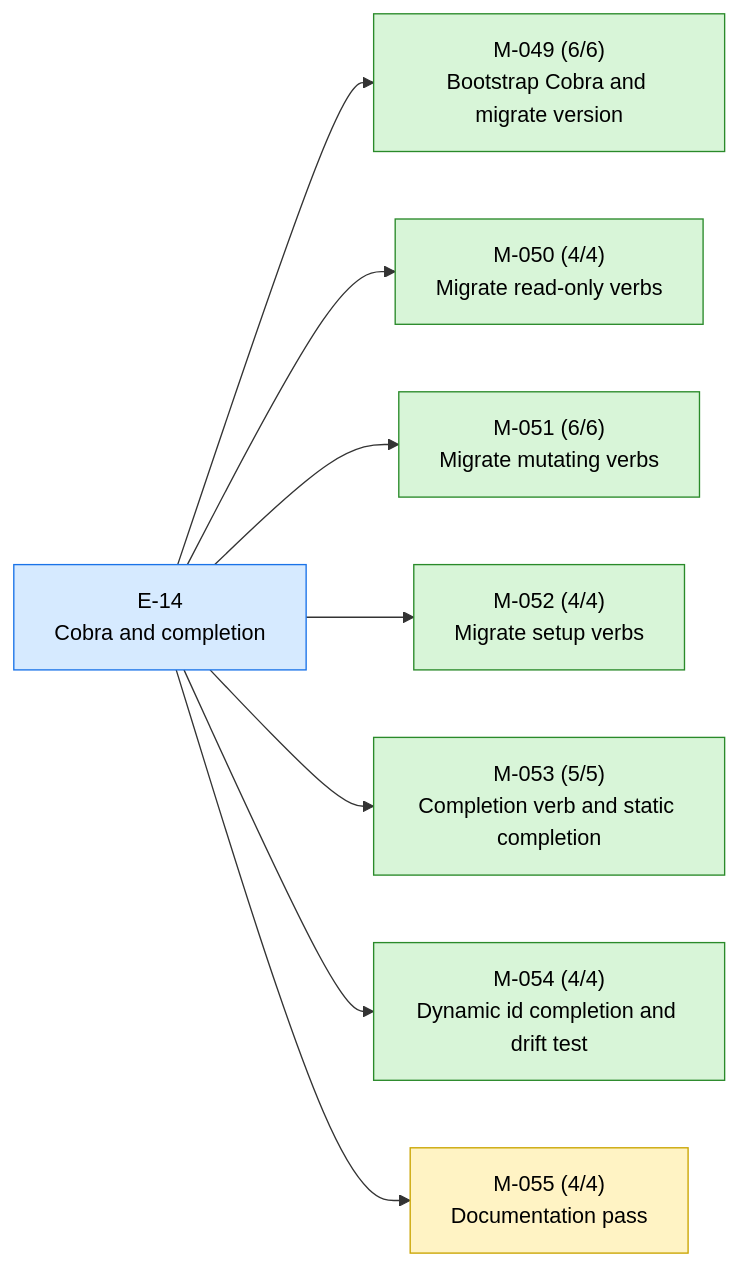
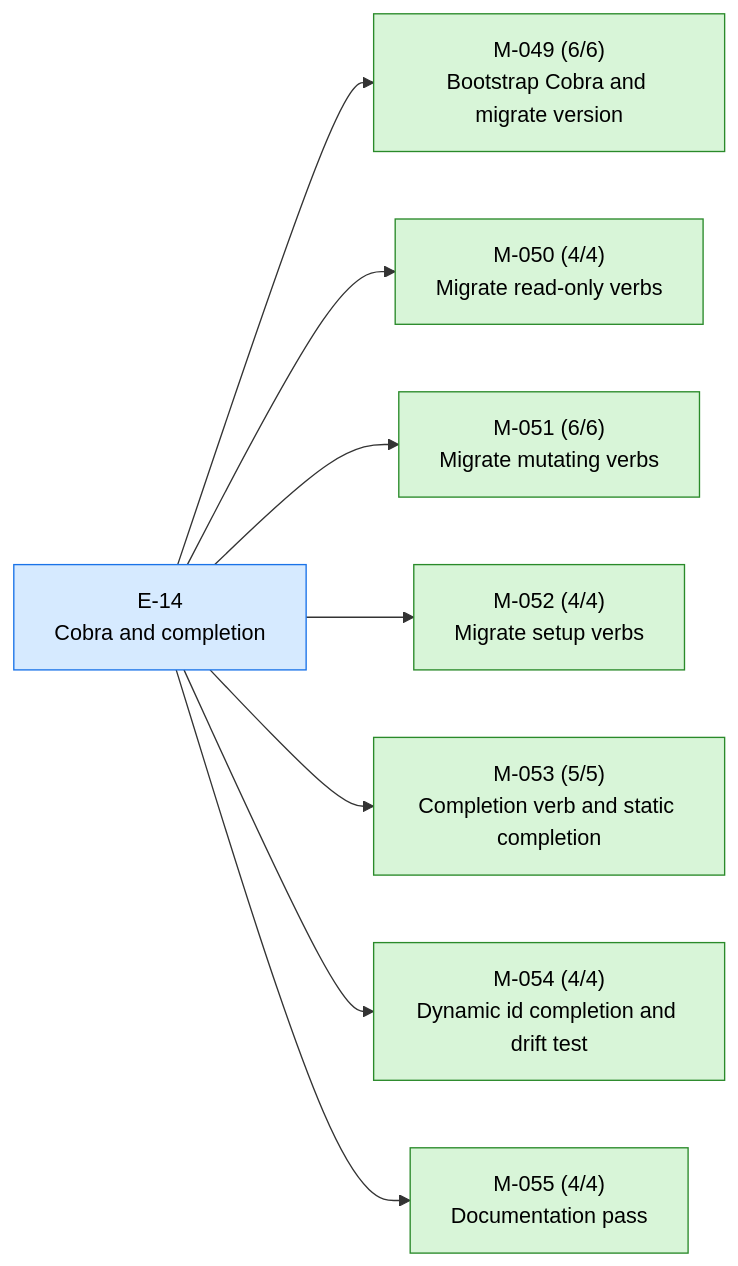
One commit to 23min/aiwf changed the first of 2 diagrams in STATUS.md. Above: the diagram before and after it, drawn with Mermaid. The commit also changed other lines of this file and 1 other file, not shown here.

First line of the commit message:
aiwf promote M-055 in_progress -> done

````diff
--- a/STATUS.md
+++ b/STATUS.md
@@ -17,24 +17,24 @@
 ```mermaid
 flowchart LR
   E_14["E-14<br/>Cobra and completion"]:::epic_active
   M_049["M-049 (6/6)<br/>Bootstrap Cobra and migrate version"]:::ms_done
   E_14 --> M_049
   M_050["M-050 (4/4)<br/>Migrate read-only verbs"]:::ms_done
   E_14 --> M_050
   M_051["M-051 (6/6)<br/>Migrate mutating verbs"]:::ms_done
   E_14 --> M_051
   M_052["M-052 (4/4)<br/>Migrate setup verbs"]:::ms_done
   E_14 --> M_052
   M_053["M-053 (5/5)<br/>Completion verb and static completion"]:::ms_done
   E_14 --> M_053
   M_054["M-054 (4/4)<br/>Dynamic id completion and drift test"]:::ms_done
   E_14 --> M_054
-  M_055["M-055 (4/4)<br/>Documentation pass"]:::ms_in_progress
+  M_055["M-055 (4/4)<br/>Documentation pass"]:::ms_done
   E_14 --> M_055
   classDef epic_active fill:#d6eaff,stroke:#1a73e8,color:#000
   classDef epic_proposed fill:#f4f4f4,stroke:#888,color:#000
   classDef ms_done fill:#d8f5d8,stroke:#2a8a2a,color:#000
   classDef ms_in_progress fill:#fff3c4,stroke:#caa400,color:#000
   classDef ms_draft fill:#f4f4f4,stroke:#888,color:#000
   classDef ms_cancelled fill:#fbeaea,stroke:#c33,color:#000
 ```
````
